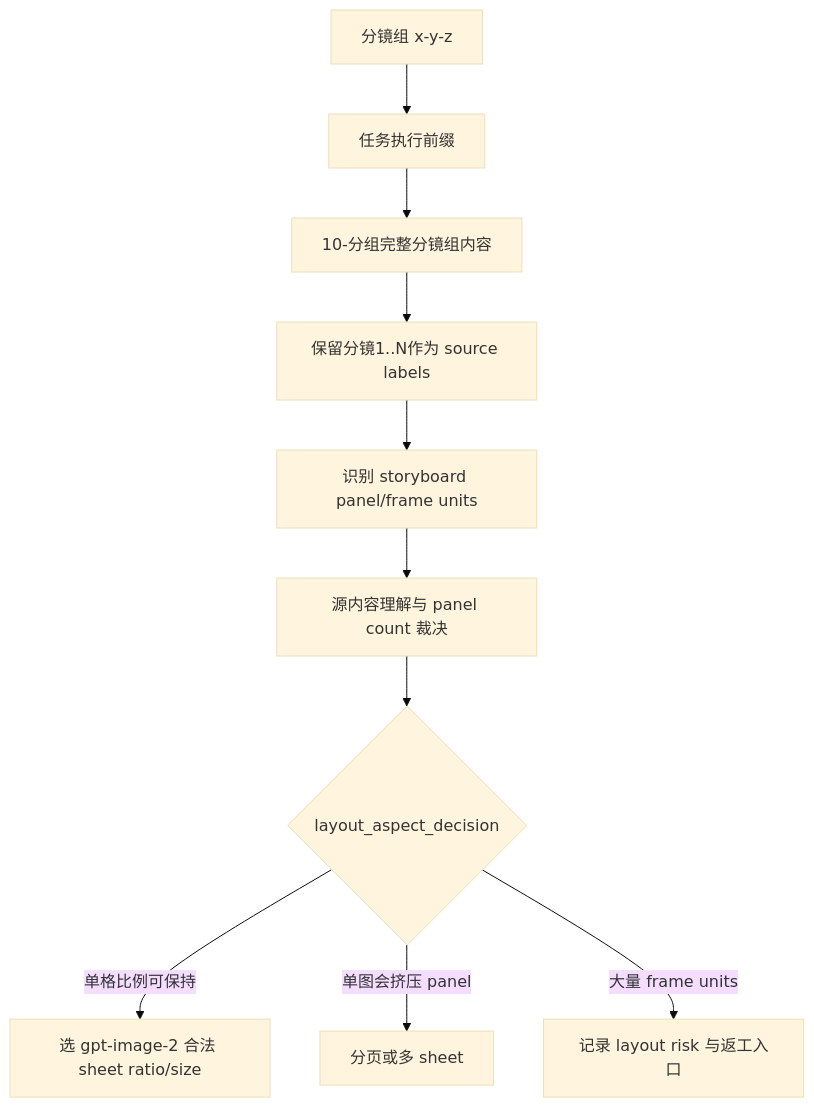
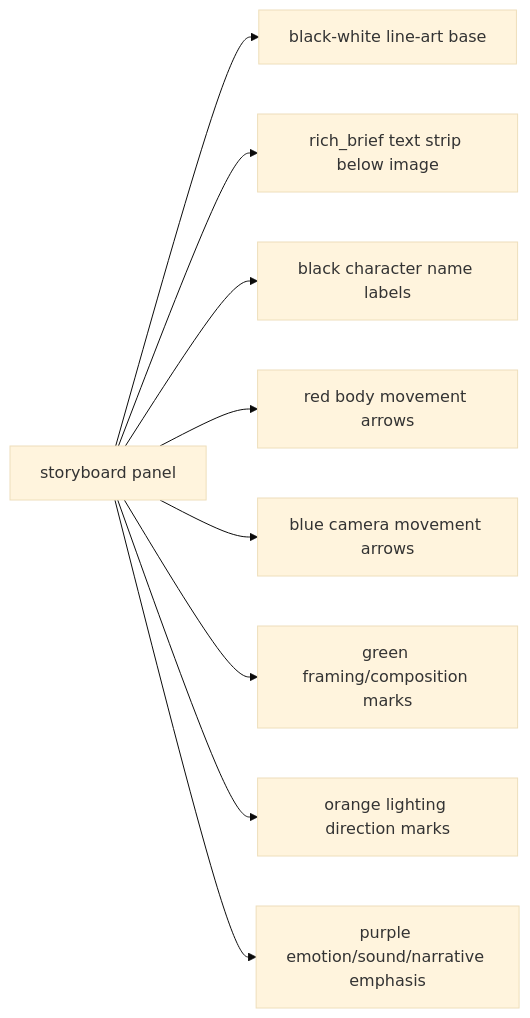
Before and after one commit to ZEN-VOID/AI-CUT: the second of 2 diagrams in .agents/skills/aigc/12-图像/分镜故事板/SKILL.md, drawn with Mermaid (base theme). The commit also changed other lines of this file and 573 other files, not shown here.

````diff
--- a/.agents/skills/aigc/12-图像/分镜故事板/SKILL.md
+++ b/.agents/skills/aigc/12-图像/分镜故事板/SKILL.md
@@ -132,12 +250,11 @@
 ```mermaid
-flowchart TD
-    A["分镜组 x-y-z"] --> B["任务执行前缀"]
-    B --> C["10-分组完整分镜组内容"]
-    C --> D["保留分镜1..N作为 source labels"]
-    D --> I["识别 storyboard panel/frame units"]
-    I --> X["源内容理解与 panel count 裁决"]
-    X --> E{"layout_aspect_decision"}
-    E -->|"单格比例可保持"| F["选 gpt-image-2 合法 sheet ratio/size"]
-    E -->|"单图会挤压 panel"| G["分页或多 sheet"]
-    E -->|"大量 frame units"| H["记录 layout risk 与返工入口"]
+flowchart LR
+    P["storyboard panel"] --> BW["black-white line-art base"]
+    P --> TXT["rich_brief text strip below image"]
+    P --> NAME["black character name labels"]
+    P --> RED["red body movement arrows"]
+    P --> BLUE["blue camera movement arrows"]
+    P --> GREEN["green framing/composition marks"]
+    P --> ORANGE["orange lighting direction marks"]
+    P --> PURPLE["purple emotion/sound/narrative emphasis"]
 ```
````
